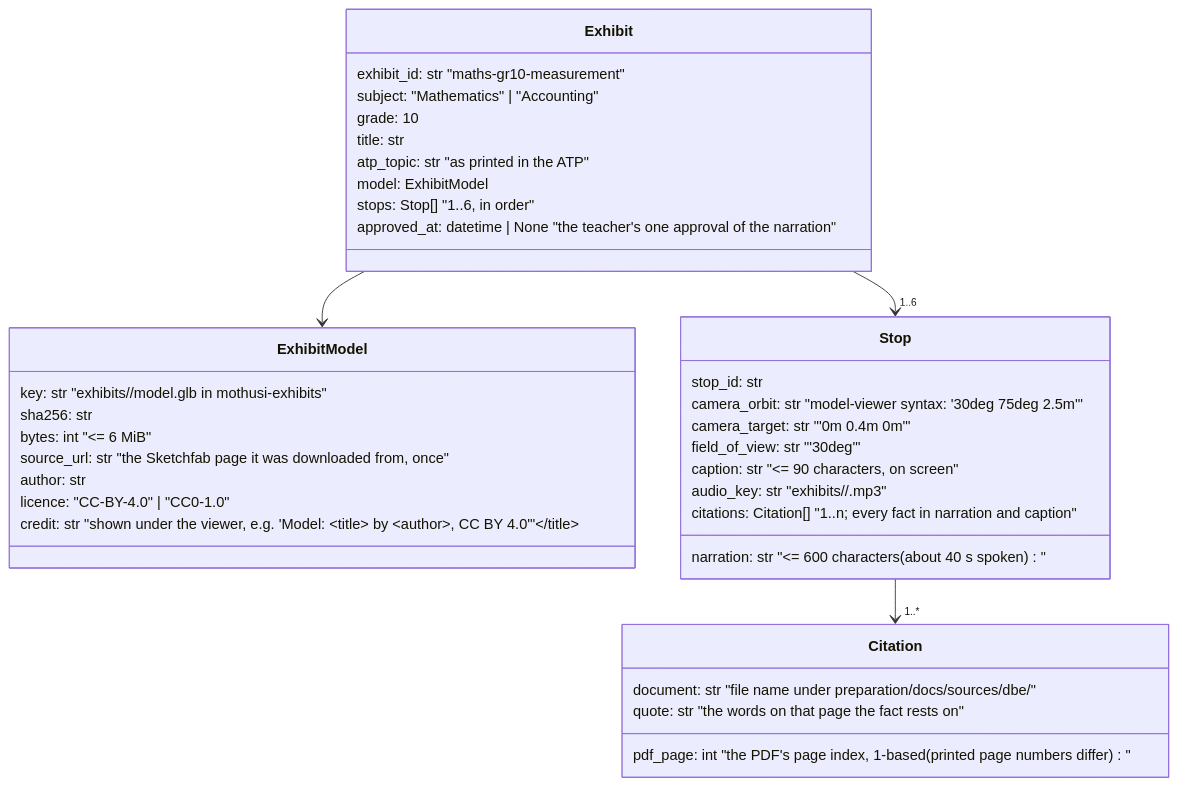
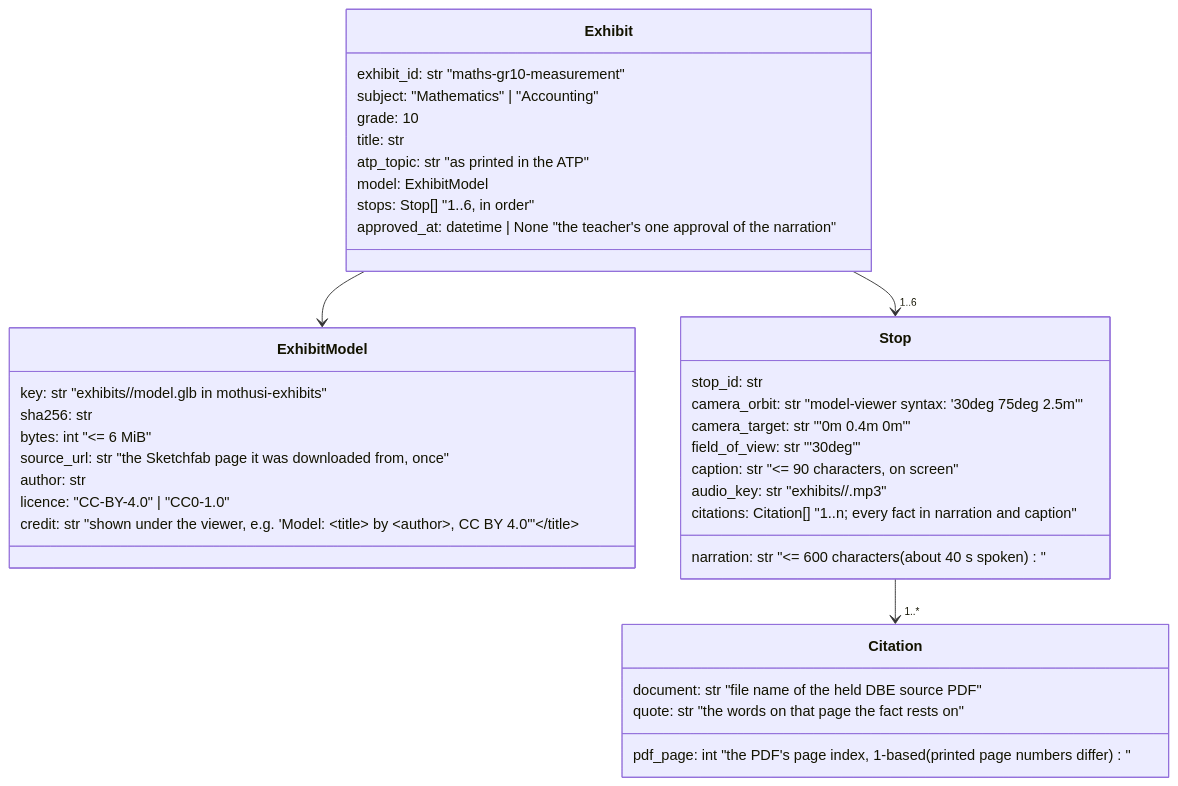
One commit to Katlego-tech/Mothusi changed the first of 3 diagrams in docs/architecture/design/exhibition-hall.md. Above: the diagram before and after it, drawn with Mermaid. The commit also changed other lines of this file and 22 other files, not shown here.

````diff
--- a/docs/architecture/design/exhibition-hall.md
+++ b/docs/architecture/design/exhibition-hall.md
@@ -32,40 +35,40 @@
 ```mermaid
 classDiagram
     class Exhibit {
         exhibit_id: str          "maths-gr10-measurement"
         subject: "Mathematics" | "Accounting"
         grade: 10
         title: str
         atp_topic: str           "as printed in the ATP"
         model: ExhibitModel
         stops: Stop[]            "1..6, in order"
         approved_at: datetime | None   "the teacher's one approval of the narration"
     }
     class ExhibitModel {
         key: str                 "exhibits/<id>/model.glb in mothusi-exhibits"
         sha256: str
         bytes: int               "<= 6 MiB"
         source_url: str          "the Sketchfab page it was downloaded from, once"
         author: str
         licence: "CC-BY-4.0" | "CC0-1.0"
         credit: str              "shown under the viewer, e.g. 'Model: <title> by <author>, CC BY 4.0'"
     }
     class Stop {
         stop_id: str
         camera_orbit: str        "model-viewer syntax: '30deg 75deg 2.5m'"
         camera_target: str       "'0m 0.4m 0m'"
         field_of_view: str       "'30deg'"
         caption: str             "<= 90 characters, on screen"
         narration: str           "<= 600 characters (about 40 s spoken)"
         audio_key: str           "exhibits/<id>/<stop_id>.mp3"
         citations: Citation[]    "1..n; every fact in narration and caption"
     }
     class Citation {
-        document: str            "file name under preparation/docs/sources/dbe/"
+        document: str            "file name of the held DBE source PDF"
         pdf_page: int            "the PDF's page index, 1-based (printed page numbers differ)"
         quote: str               "the words on that page the fact rests on"
     }
     Exhibit --> ExhibitModel
     Exhibit --> "1..6" Stop
     Stop --> "1..*" Citation
 ```
````
